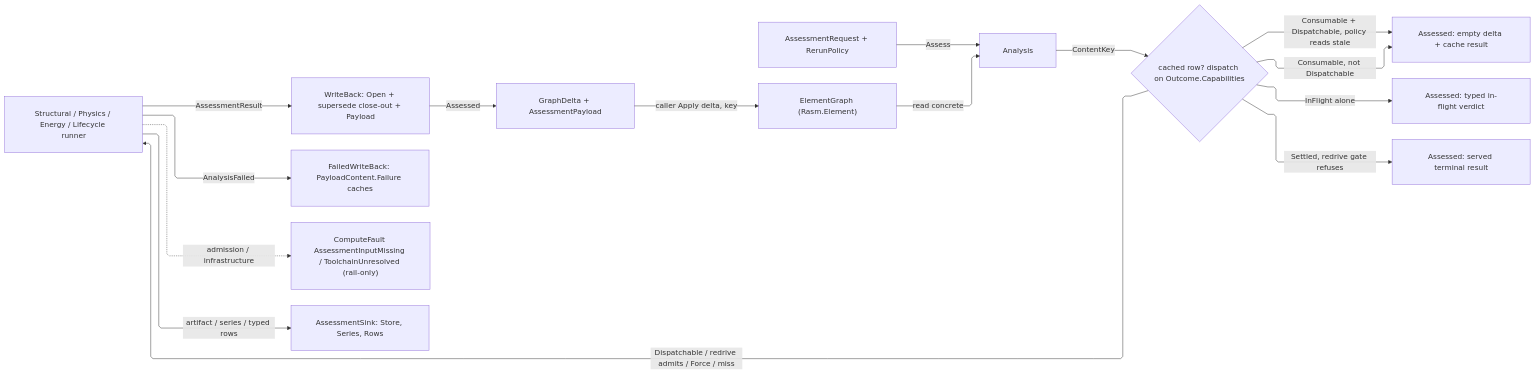
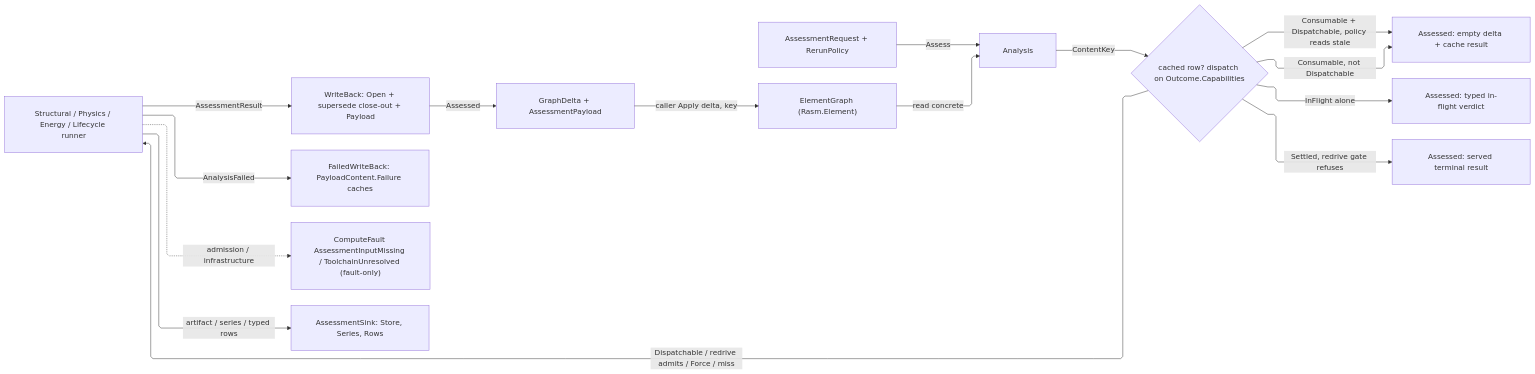
One commit to bsamiee/Rasm changed the diagram in libs/dotnet/Rasm.Compute/.planning/Analysis/dispatch.md. Above: the diagram before and after it, drawn with Mermaid. The commit also changed other lines of this file and 1997 other files, not shown here.

````diff
--- a/libs/dotnet/Rasm.Compute/.planning/Analysis/dispatch.md
+++ b/libs/dotnet/Rasm.Compute/.planning/Analysis/dispatch.md
@@ -385,26 +385,26 @@
 ```mermaid
 ---
 config:
   layout: elk
   flowchart:
     curve: linear
     padding: 25
 ---
 flowchart LR
     accTitle: Rasm.Compute assessment dispatch spine
     accDescr: A polymorphic assessment request and rerun policy route to a discipline runner over the concrete element graph. The spine content-keys the input and returns one Assessed value carrying the graph delta and AssessmentPayload.
     Request["AssessmentRequest + RerunPolicy"] -->|Assess| Analysis["Analysis"]
     Graph["ElementGraph (Rasm.Element)"] -->|read concrete| Analysis
     Analysis -->|ContentKey| Dedup{"cached row? dispatch on Outcome.Capabilities"}
     Dedup -->|"Consumable, not Dispatchable"| Noop["Assessed: empty delta + cache result"]
     Dedup -->|"Consumable + Dispatchable, policy reads stale"| Noop
     Dedup -->|"InFlight alone"| InFlight["Assessed: typed in-flight verdict"]
     Dedup -->|"Settled, redrive gate refuses"| Terminal["Assessed: served terminal result"]
     Dedup -->|"Dispatchable / redrive admits / Force / miss"| Runner["Structural / Physics / Energy / Lifecycle runner"]
     Runner -->|AssessmentResult| WriteBack["WriteBack: Open + supersede close-out + Payload"]
     Runner -->|AnalysisFailed| FailedWB["FailedWriteBack: PayloadContent.Failure caches"]
-    Runner -.->|admission / infrastructure| Fault["ComputeFault AssessmentInputMissing / ToolchainUnresolved (rail-only)"]
+    Runner -.->|admission / infrastructure| Fault["ComputeFault AssessmentInputMissing / ToolchainUnresolved (fault-only)"]
     Runner -->|artifact / series / typed rows| Sink["AssessmentSink: Store, Series, Rows"]
     WriteBack -->|Assessed| Out["GraphDelta + AssessmentPayload"]
     Out -->|caller Apply delta, key| Graph
 ```
````
